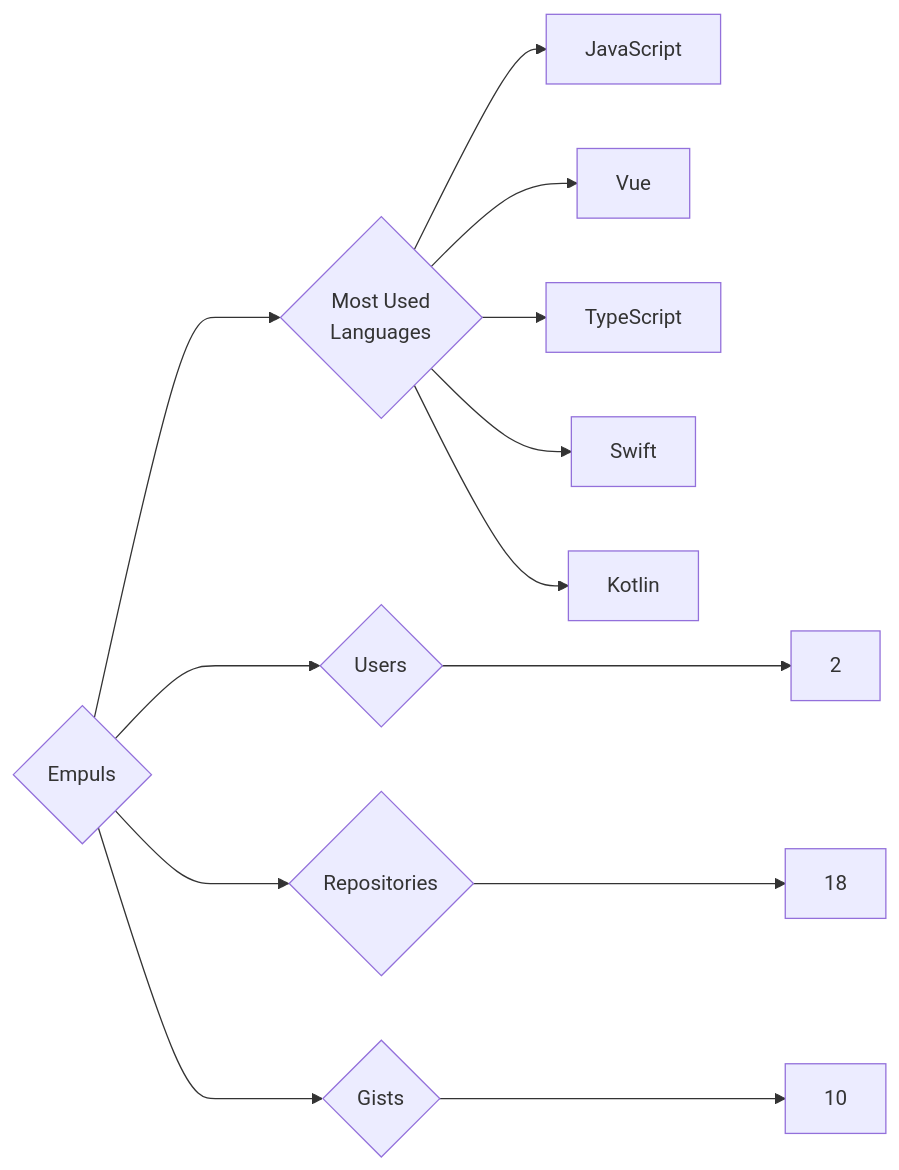
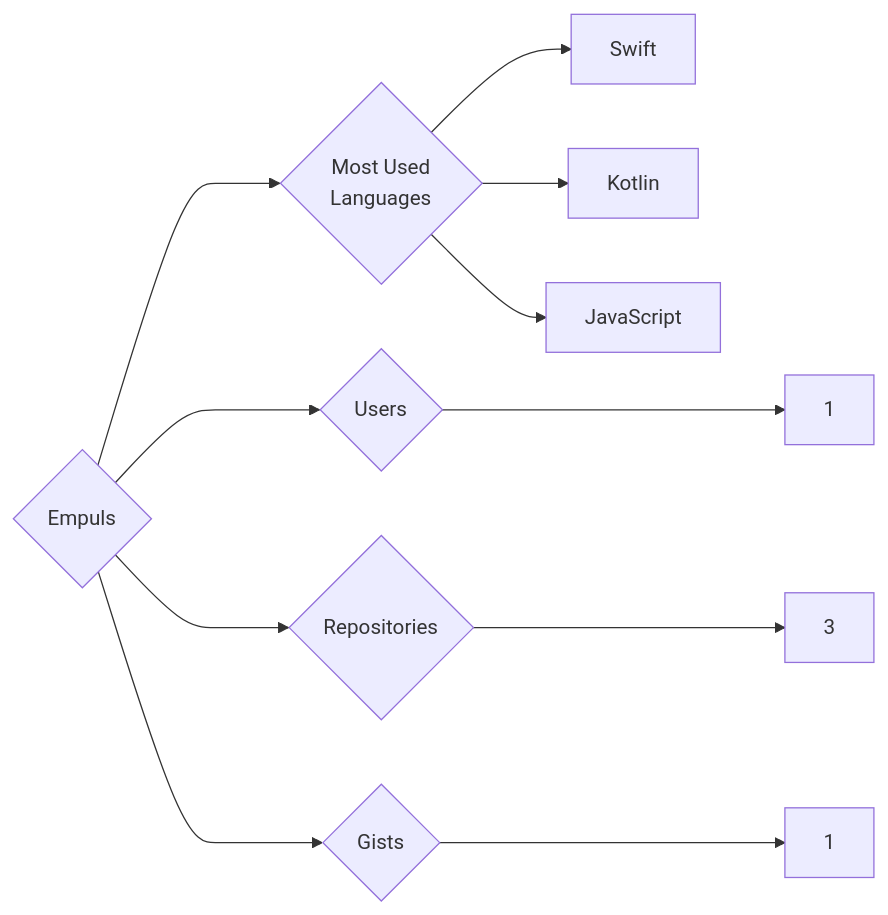
The diagram in targets/Empuls/README.md (trickest/insiders), drawn with Mermaid before and after one commit. The commit also changed 899 other files, not shown here.

````diff
--- a/targets/Empuls/README.md
+++ b/targets/Empuls/README.md
@@ -3,13 +3,11 @@
 ```mermaid
 graph LR
 COMPANY_NAME{Empuls}
-COMPANY_NAME ---> U{Users} ---> UN[2]
-COMPANY_NAME ---> R{Repositories} ---> RN[18]
-COMPANY_NAME ---> G{Gists} ---> GN[10]
+COMPANY_NAME ---> U{Users} ---> UN[1]
+COMPANY_NAME ---> R{Repositories} ---> RN[3]
+COMPANY_NAME ---> G{Gists} ---> GN[1]
 COMPANY_NAME ---> ML{Most Used<br>Languages}
-ML --> JavaScript[JavaScript]
-ML --> Vue[Vue]
-ML --> TypeScript[TypeScript]
 ML --> Swift[Swift]
 ML --> Kotlin[Kotlin]
+ML --> JavaScript[JavaScript]
 ```
````
